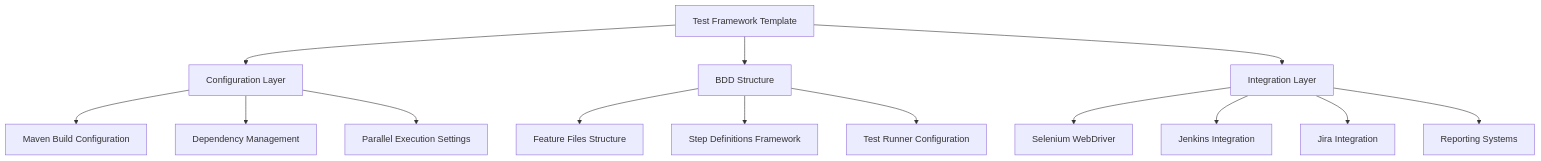
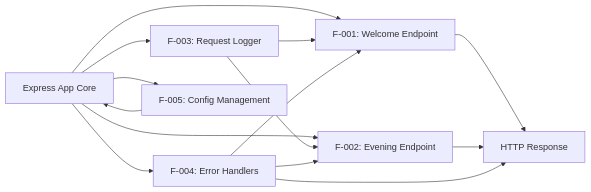
One commit to lakshya-blitzy/branch_August_lakshya_ changed the first of 47 diagrams in blitzy/documentation/Technical Specifications.md. Above: the diagram before and after it, drawn with Mermaid. The commit also changed other lines of this file, not shown here.

````diff
--- a/blitzy/documentation/Technical Specifications.md
+++ b/blitzy/documentation/Technical Specifications.md
@@ -305,19 +762,18 @@
 ```mermaid
-graph TB
-    A[Test Framework Template] --> B[Configuration Layer]
-    A --> C[BDD Structure]
-    A --> D[Integration Layer]
+graph LR
+    A[Express App Core] --> B[F-001: Welcome Endpoint]
+    A --> C[F-002: Evening Endpoint]
+    A --> D[F-003: Request Logger]
+    A --> E[F-004: Error Handlers]
+    A --> F[F-005: Config Management]
     
-    B --> B1[Maven Build Configuration]
-    B --> B2[Dependency Management]
-    B --> B3[Parallel Execution Settings]
+    D --> B
+    D --> C
+    E --> B
+    E --> C
+    F --> A
     
-    C --> C1[Feature Files Structure]
-    C --> C2[Step Definitions Framework]
-    C --> C3[Test Runner Configuration]
-    
-    D --> D1[Selenium WebDriver]
-    D --> D2[Jenkins Integration]
-    D --> D3[Jira Integration]
-    D --> D4[Reporting Systems]
+    B --> G[HTTP Response]
+    C --> G
+    E --> G
 ```
````
